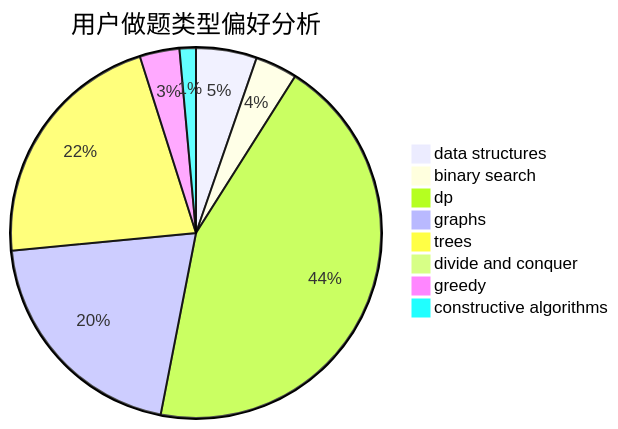
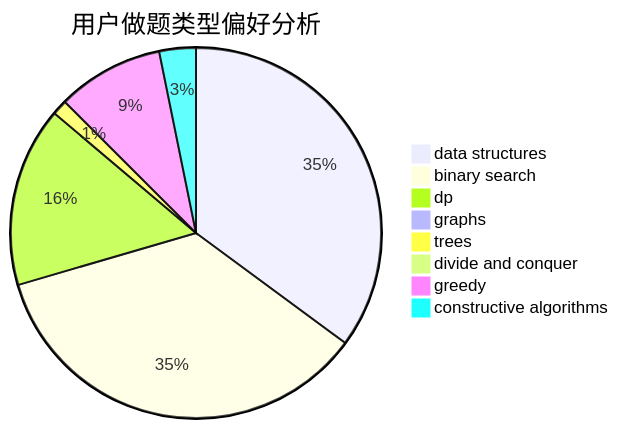
Before and after one commit to sherpahu/cfrs.github.io: the second of 3 diagrams in docs/user/u2710.md, drawn with Mermaid. The commit also changed other lines of this file and 2770 other files, not shown here.

````diff
--- a/docs/user/u2710.md
+++ b/docs/user/u2710.md
@@ -23,11 +23,11 @@
 ```mermaid
 pie title 用户做题类型偏好分析
-    "data structures" :  26
-    "binary search" :  18
-    "dp" :  216
-    "graphs" :  100
-    "trees" :  106
+    "data structures" :  132
+    "binary search" :  133
+    "dp" :  59
+    "graphs" :  3
+    "trees" :  5
     "divide and conquer" :  0
-    "greedy" :  17
-    "constructive algorithms" :  7
+    "greedy" :  35
+    "constructive algorithms" :  12
 ```
````
